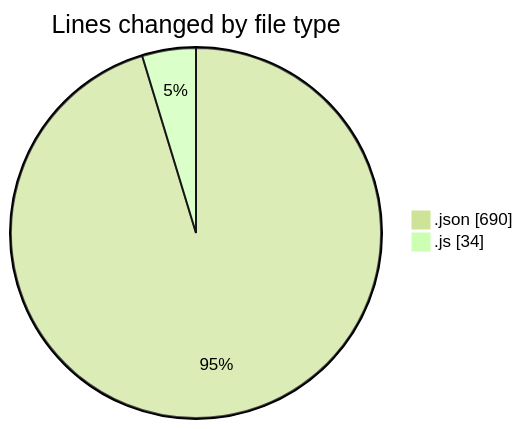
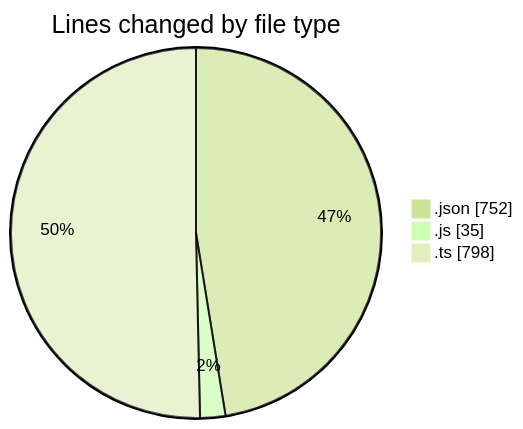
Before and after one commit to momahboobian/code-tracking: the first of 2 diagrams in 2026-05-21/cda/README.md, drawn with Mermaid (forest theme). The commit also changed other lines of this file and 1 other file, not shown here.

````diff
--- a/2026-05-21/cda/README.md
+++ b/2026-05-21/cda/README.md
@@ -24,6 +28,7 @@
 ```mermaid
 pie showData
 title Lines changed by file type
-".json" : 690
-".js" : 34
+".json" : 752
+".js" : 35
+".ts" : 798
 ```
````
